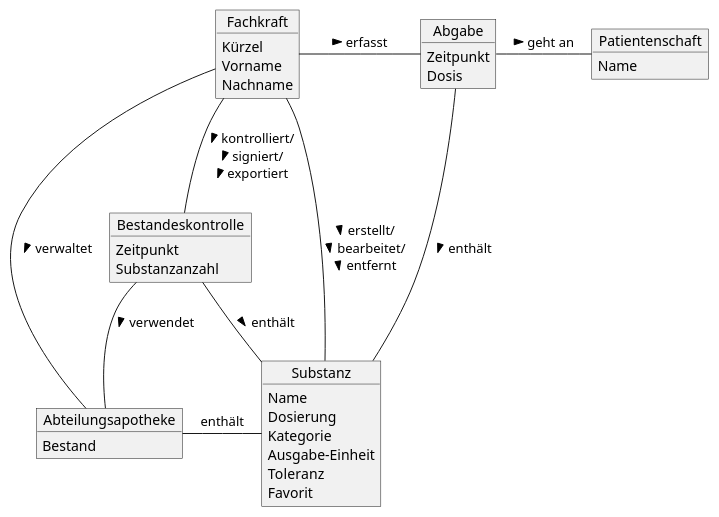
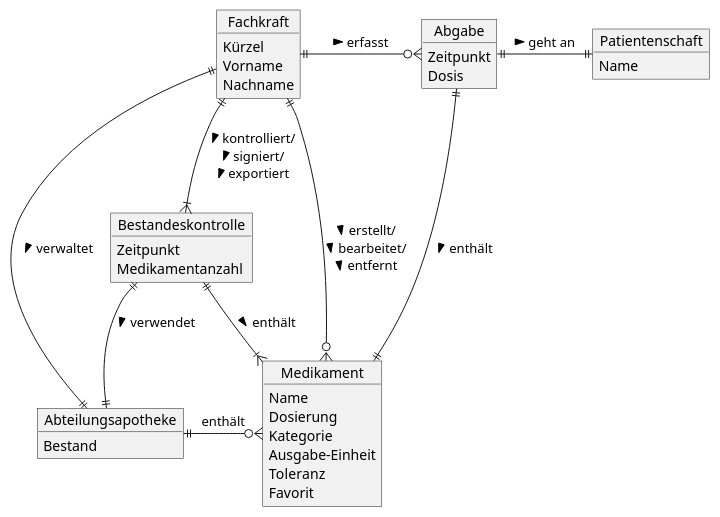
Before and after one commit to lucahost/drugstore: the diagram in docs/business-classes/business-classes.plantuml, drawn with PlantUML.

Commit message:
Add cardinalities

```diff
--- a/docs/business-classes/business-classes.plantuml
+++ b/docs/business-classes/business-classes.plantuml
@@ -5,39 +5,48 @@
 @startuml
 
 object Fachkraft
 object Abgabe
 object Patientenschaft
 object Bestandeskontrolle
 object Abteilungsapotheke
-object Substanz
-
-Fachkraft -right- Abgabe: > erfasst
-Abgabe -right- Patientenschaft: > geht an
-Abgabe -down- Substanz: > enthält
-
-Abteilungsapotheke -right- Substanz: enthält
-Fachkraft -down- Bestandeskontrolle: > kontrolliert/\n> signiert/\n> exportiert
-
-Bestandeskontrolle -- Abteilungsapotheke: > verwendet
-Bestandeskontrolle -- Substanz: > enthält
-
-Fachkraft -- Abteilungsapotheke: > verwaltet
-Fachkraft -- Substanz: > erstellt/\n> bearbeitet/\n> entfernt
+object Medikament
 
 Fachkraft : Kürzel
 Fachkraft : Vorname
 Fachkraft : Nachname
 Abgabe : Zeitpunkt
 Abgabe : Dosis
 Patientenschaft : Name
 Bestandeskontrolle : Zeitpunkt
-Bestandeskontrolle : Substanzanzahl
+Bestandeskontrolle : Medikamentanzahl
 Abteilungsapotheke : Bestand
-Substanz : Name
-Substanz : Dosierung
-Substanz : Kategorie
-Substanz : Ausgabe-Einheit
-Substanz : Toleranz
-Substanz : Favorit
+Medikament : Name
+Medikament : Dosierung
+Medikament : Kategorie
+Medikament : Ausgabe-Einheit
+Medikament : Toleranz
+Medikament : Favorit
+
+' Eine Fachkraft erfasst 0-n Abgaben
+Fachkraft ||-right-o{ Abgabe: > erfasst
+' Eine Abgabe geht an eine Patientenschaft
+Abgabe ||-right-|| Patientenschaft: > geht an
+' Eine Abgabe enthält eine Medikament
+Abgabe ||-down-|| Medikament: > enthält
+
+' Eine Abteilungsapotheke enthält 0-n Medikamente
+Abteilungsapotheke ||-right-o{ Medikament: enthält
+' Eine Fachkraft signiert 1-n Bestandeskontrollen
+Fachkraft ||-down-|{ Bestandeskontrolle: > kontrolliert/\n> signiert/\n> exportiert
+
+' Eine Bestandeskontrolle verwendet eine Abteilungsapotheke
+Bestandeskontrolle ||--|| Abteilungsapotheke: > verwendet
+' Eine Bestandeskontrolle enthält 1-n Medikamente
+Bestandeskontrolle ||--|{ Medikament: > enthält
+
+' Eine Fachkraft verwaltet eine Abteilungsapotheke
+Fachkraft ||--|| Abteilungsapotheke: > verwaltet
+' Eine erstellt 0-n Medikamente
+Fachkraft ||--o{ Medikament: > erstellt/\n> bearbeitet/\n> entfernt
 
 @enduml
```
